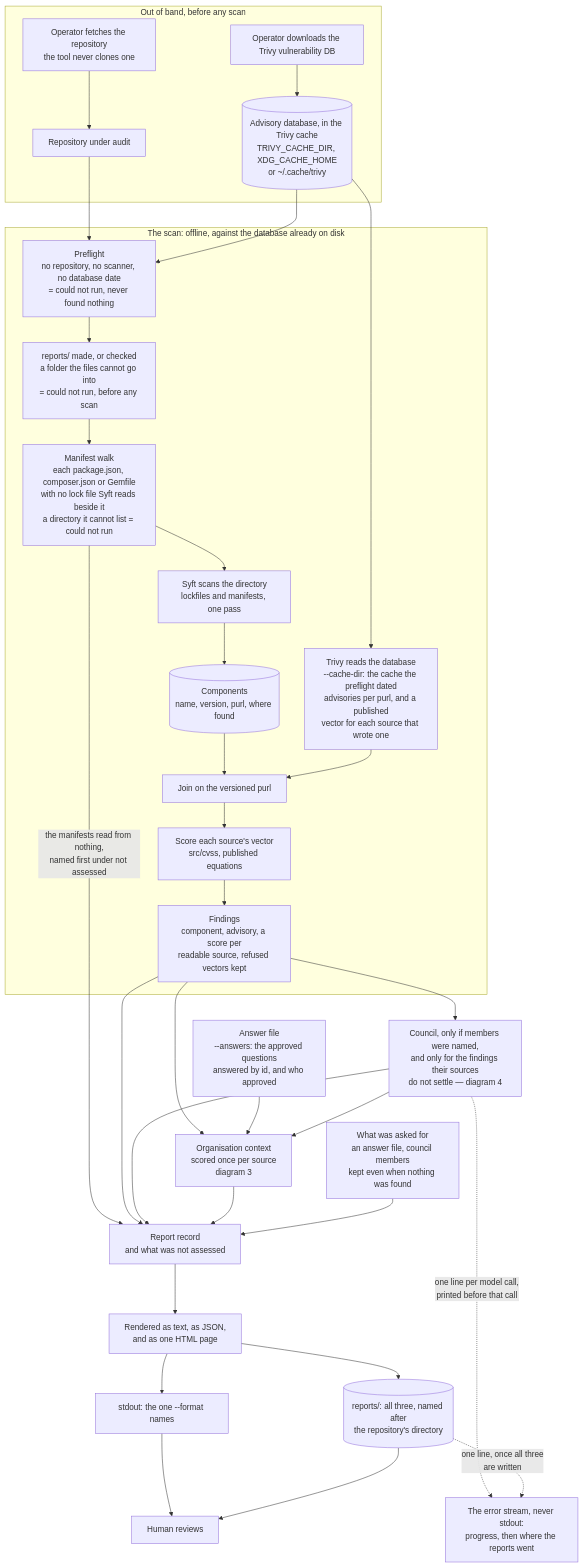
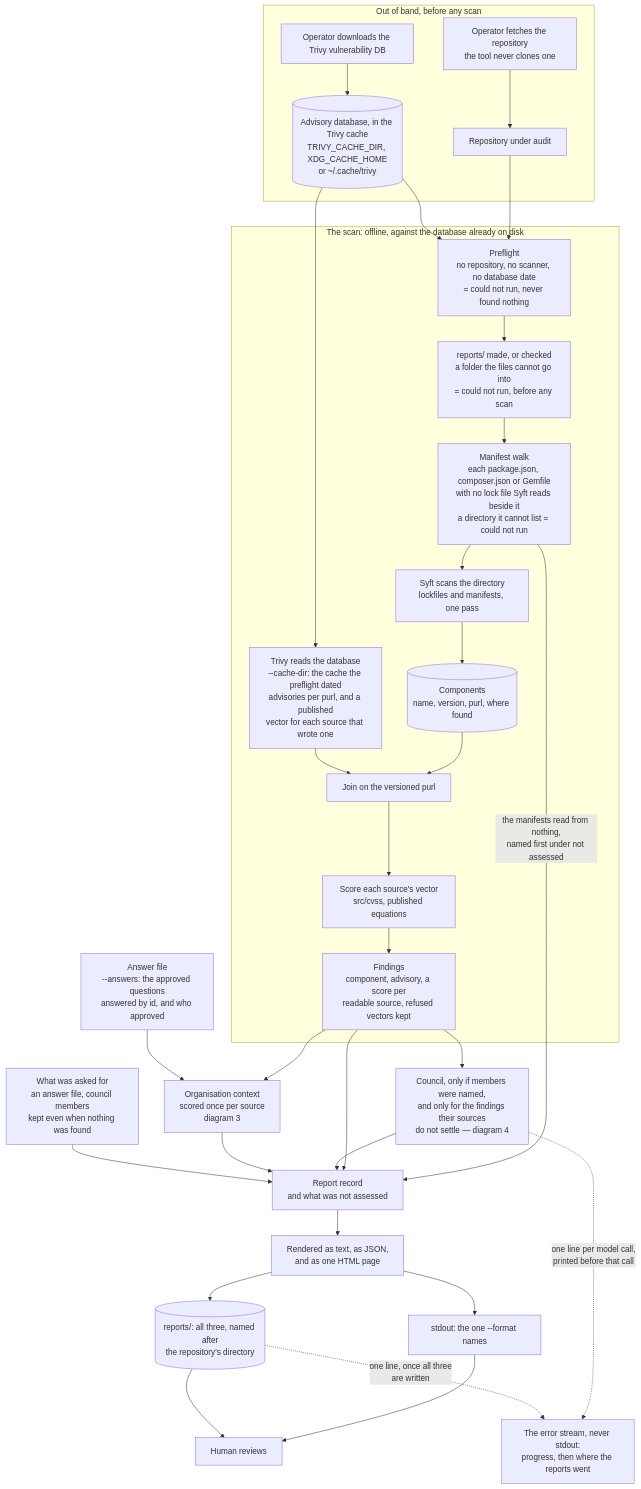
Before and after one commit to heinthtnaung/AgenticLLMAppAuditor: the first of 5 diagrams in docs/diagrams.md, drawn with Mermaid. The commit also changed other lines of this file and 26 other files, not shown here.

````diff
--- a/docs/diagrams.md
+++ b/docs/diagrams.md
@@ -36,41 +36,40 @@
 ```mermaid
 flowchart TD
     subgraph OOB["Out of band, before any scan"]
         fetch["Operator downloads the Trivy vulnerability DB"] --> adb[("Advisory database, in the Trivy cache<br/>TRIVY_CACHE_DIR, XDG_CACHE_HOME<br/>or ~/.cache/trivy")]
         get["Operator fetches the repository<br/>the tool never clones one"] --> repo["Repository under audit"]
     end
 
     subgraph SCAN["The scan: offline, against the database already on disk"]
         pre["Preflight<br/>no repository, no scanner, no database date<br/>= could not run, never found nothing"]
         repo --> pre
         pre --> rdir["reports/ made, or checked<br/>a folder the files cannot go into<br/>= could not run, before any scan"]
         rdir --> walk["Manifest walk<br/>each package.json, composer.json or Gemfile<br/>with no lock file Syft reads beside it<br/>a directory it cannot list = could not run"]
         walk --> syft["Syft scans the directory<br/>lockfiles and manifests, one pass"]
         syft --> comp[("Components<br/>name, version, purl, where found")]
         trivy["Trivy reads the database<br/>--cache-dir: the cache the preflight dated<br/>advisories per purl, and a published<br/>vector for each source that wrote one"]
         comp --> join["Join on the versioned purl"]
         trivy --> join
         join --> asm["Score each source's vector<br/>src/cvss, published equations"]
         asm --> fin["Findings<br/>component, advisory, a score per<br/>readable source, refused vectors kept"]
     end
 
     adb --> pre
     adb --> trivy
     walk -->|"the manifests read from nothing,<br/>named first under not assessed"| rec
 
     fin --> cou["Council, only if members were named,<br/>and only for the findings their sources<br/>do not settle — diagram 4"]
     fin --> ctx["Organisation context<br/>scored once per source<br/>diagram 3"]
     ans["Answer file<br/>--answers: the approved questions<br/>answered by id, and who approved"] --> ctx
-    cou --> ctx
     fin --> rec["Report record<br/>and what was not assessed"]
     cou --> rec
     ctx --> rec
     asked["What was asked for<br/>an answer file, council members<br/>kept even when nothing was found"] --> rec
     rec --> rnd["Rendered as text, as JSON,<br/>and as one HTML page"]
     rnd --> out["stdout: the one --format names"]
     rnd --> saved[("reports/: all three, named after<br/>the repository's directory")]
     out --> hum["Human reviews"]
     saved --> hum
     cou -. "one line per model call,<br/>printed before that call" .-> err["The error stream, never stdout:<br/>progress, then where the reports went"]
     saved -. "one line, once all three<br/>are written" .-> err
 ```
````
